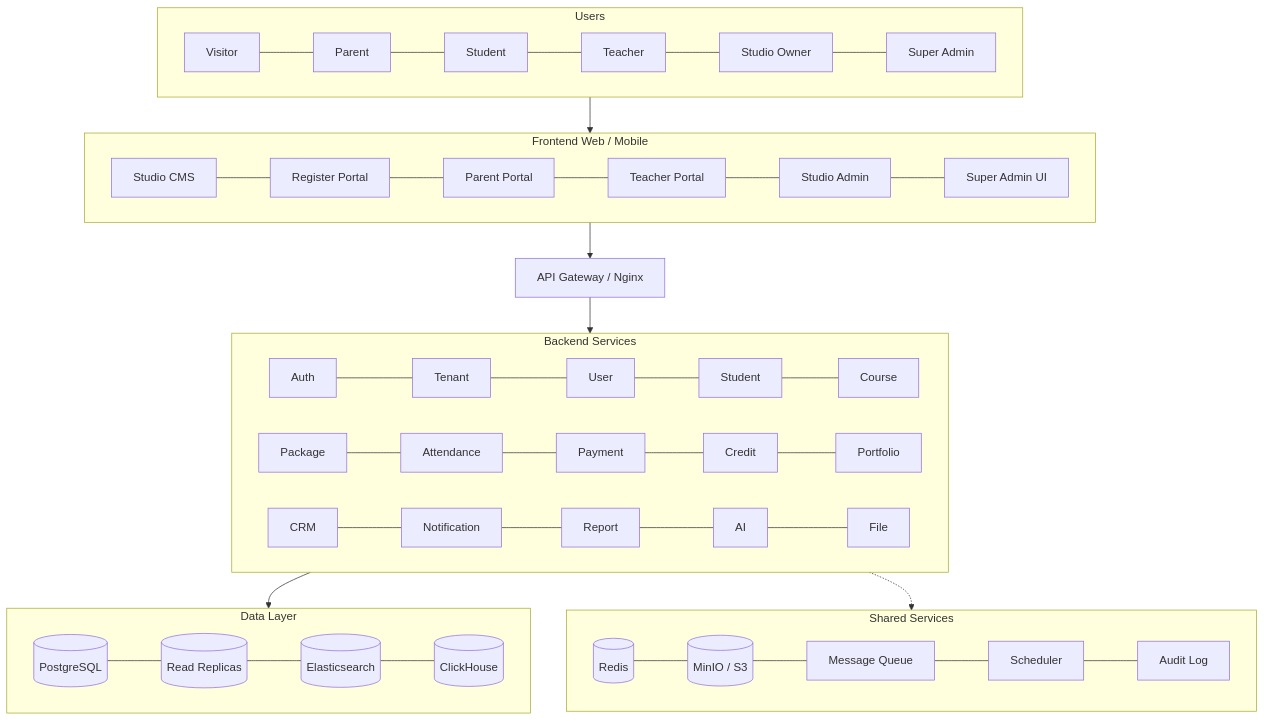
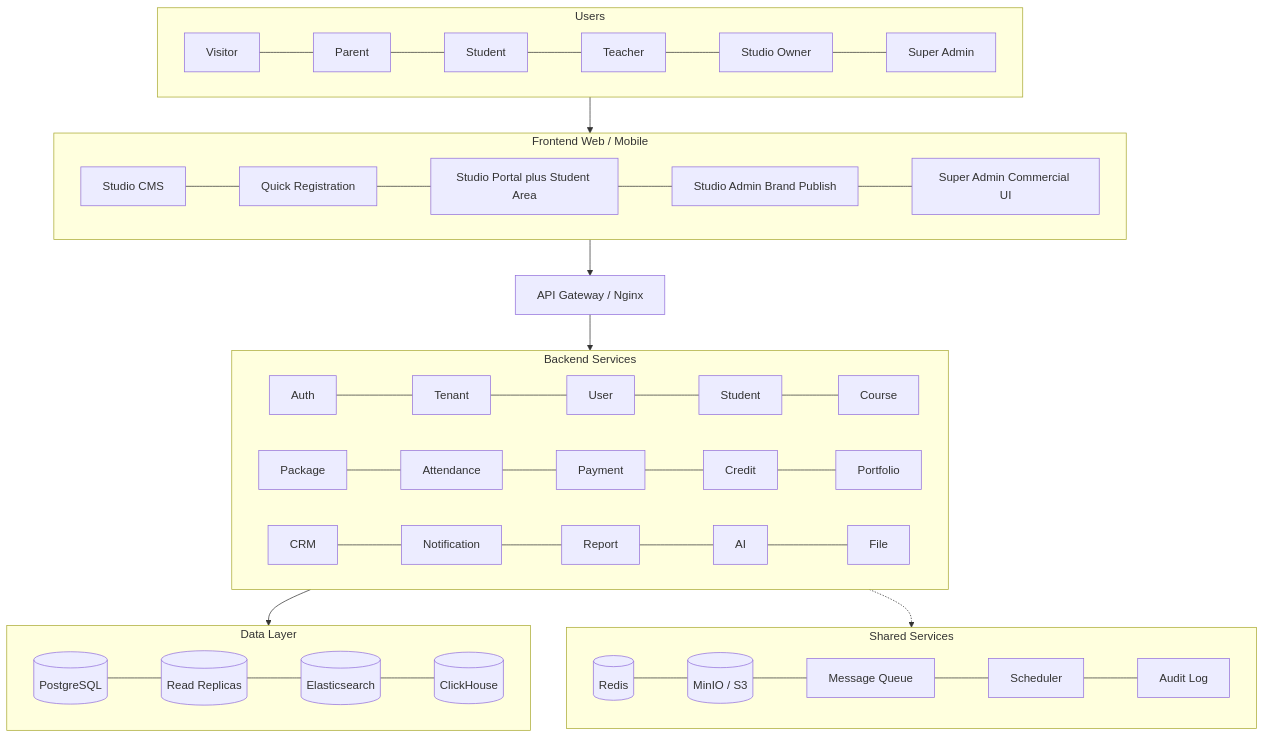
One commit to kenshinice-ai/studio-saas changed the first of 4 diagrams in docs/Architecture.md. Above: the diagram before and after it, drawn with Mermaid. The commit also changed other lines of this file and 40 other files, not shown here.

````diff
--- a/docs/Architecture.md
+++ b/docs/Architecture.md
@@ -226,23 +228,23 @@
 ```mermaid
 flowchart TD
     subgraph Users
         V[Visitor] --- P[Parent] --- St[Student] --- T[Teacher] --- O[Studio Owner] --- SA[Super Admin]
     end
     subgraph Frontend [Frontend Web / Mobile]
-        CMS[Studio CMS] --- REG[Register Portal] --- PP[Parent Portal] --- TP[Teacher Portal] --- SAD[Studio Admin] --- SUP[Super Admin UI]
+        CMS[Studio CMS] --- REG[Quick Registration] --- PORTAL[Studio Portal plus Student Area] --- SAD[Studio Admin Brand Publish] --- SUP[Super Admin Commercial UI]
     end
     GW[API Gateway / Nginx]
     subgraph Services [Backend Services]
         AUTH[Auth] --- TEN[Tenant] --- USR[User] --- STU[Student] --- CRS[Course]
         PKG[Package] --- ATT[Attendance] --- PAY[Payment] --- CRD[Credit] --- PF[Portfolio]
         CRM[CRM] --- NOT[Notification] --- RPT[Report] --- AI[AI] --- FILE[File]
     end
     subgraph Shared [Shared Services]
         REDIS[(Redis)] --- S3[(MinIO / S3)] --- MQ[Message Queue] --- SCH[Scheduler] --- AUD[Audit Log]
     end
     subgraph Data [Data Layer]
         PG[(PostgreSQL)] --- RR[(Read Replicas)] --- ES[(Elasticsearch)] --- CH[(ClickHouse)]
     end
     Users --> Frontend --> GW --> Services --> Data
     Services -.-> Shared
 ```
````
